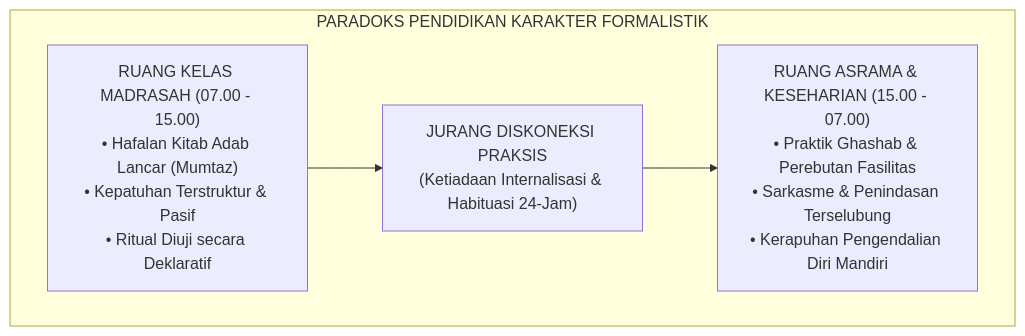
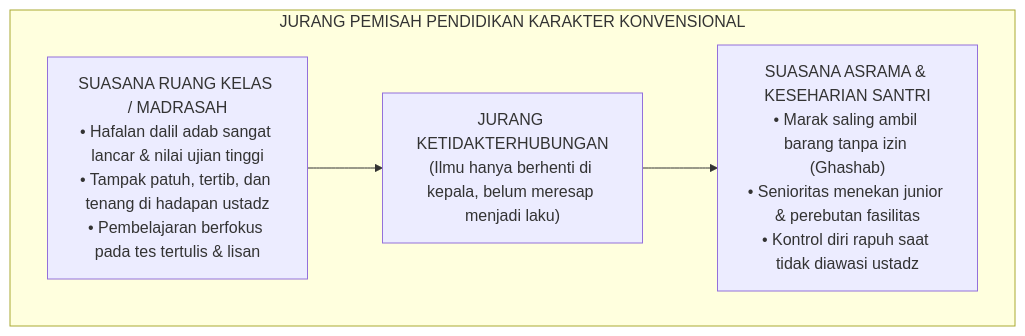
One commit to wandiapriliyandi/tumbuh changed the first of 4 diagrams in BOOK-SERIES/Volume-01/Bab-01-Krisis-Karakter-dan-Urgensi-Rekonstruksi/01-Anomali-Pendidikan-Karakter-Tradisional.md. Above: the diagram before and after it, drawn with Mermaid. The commit also changed other lines of this file and 2 other files, not shown here.

Commit message:
style(docs): perindah gaya bahasa, perjelas konsep, dan percantik format kutipan Turats

````diff
--- a/BOOK-SERIES/Volume-01/Bab-01-Krisis-Karakter-dan-Urgensi-Rekonstruksi/01-Anomali-Pendidikan-Karakter-Tradisional.md
+++ b/BOOK-SERIES/Volume-01/Bab-01-Krisis-Karakter-dan-Urgensi-Rekonstruksi/01-Anomali-Pendidikan-Karakter-Tradisional.md
@@ -16,10 +20,10 @@
 ```mermaid
 graph TD
-    subgraph Paradoks["PARADOKS PENDIDIKAN KARAKTER FORMALISTIK"]
-        RuangKelas["RUANG KELAS MADRASAH (07.00 - 15.00)<br/>• Hafalan Kitab Adab Lancar (Mumtaz)<br/>• Kepatuhan Terstruktur & Pasif<br/>• Ritual Diuji secara Deklaratif"]
-        Jurang["JURANG DISKONEKSI PRAKSIS<br/>(Ketiadaan Internalisasi & Habituasi 24-Jam)"]
-        RuangAsrama["RUANG ASRAMA & KESEHARIAN (15.00 - 07.00)<br/>• Praktik Ghashab & Perebutan Fasilitas<br/>• Sarkasme & Penindasan Terselubung<br/>• Kerapuhan Pengendalian Diri Mandiri"]
+    subgraph Kontras["JURANG PEMISAH PENDIDIKAN KARAKTER KONVENSIONAL"]
+        RuangKelas["SUASANA RUANG KELAS / MADRASAH<br/>• Hafalan dalil adab sangat lancar & nilai ujian tinggi<br/>• Tampak patuh, tertib, dan tenang di hadapan ustadz<br/>• Pembelajaran berfokus pada tes tertulis & lisan"]
+        Jurang["JURANG KETIDAKTERHUBUNGAN<br/>(Ilmu hanya berhenti di kepala, belum meresap menjadi laku)"]
+        RuangAsrama["SUASANA ASRAMA & KESEHARIAN SANTRI<br/>• Marak saling ambil barang tanpa izin (Ghashab)<br/>• Senioritas menekan junior & perebutan fasilitas<br/>• Kontrol diri rapuh saat tidak diawasi ustadz"]
         
         RuangKelas --> Jurang --> RuangAsrama
     end
 ```
````
